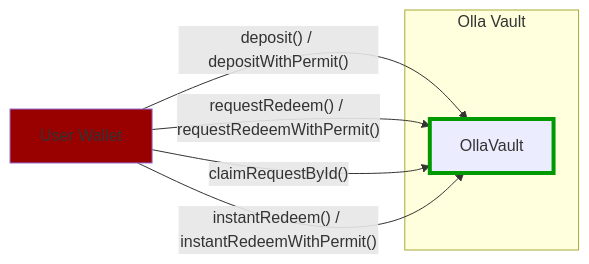
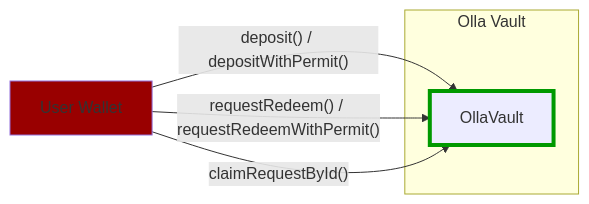
Before and after one commit to ollafinance/core: the third of 7 diagrams in docs/architecture/overview.md, drawn with Mermaid. The commit also changed other lines of this file and 180 other files, not shown here.

````diff
--- a/docs/architecture/overview.md
+++ b/docs/architecture/overview.md
@@ -270,17 +269,16 @@
 ```mermaid
 flowchart LR
 
 userWallet[User Wallet]
 
 subgraph "Olla Vault"
     vault[OllaVault]
 end
 
 userWallet -->|"deposit() / depositWithPermit()"| vault
 userWallet -->|"requestRedeem() / requestRedeemWithPermit()"| vault
 userWallet -->|"claimRequestById()"| vault
-userWallet -->|"instantRedeem() / instantRedeemWithPermit()"| vault
 
 style userWallet fill:#900
 style vault stroke:#090,stroke-width:4px
 ```
````
